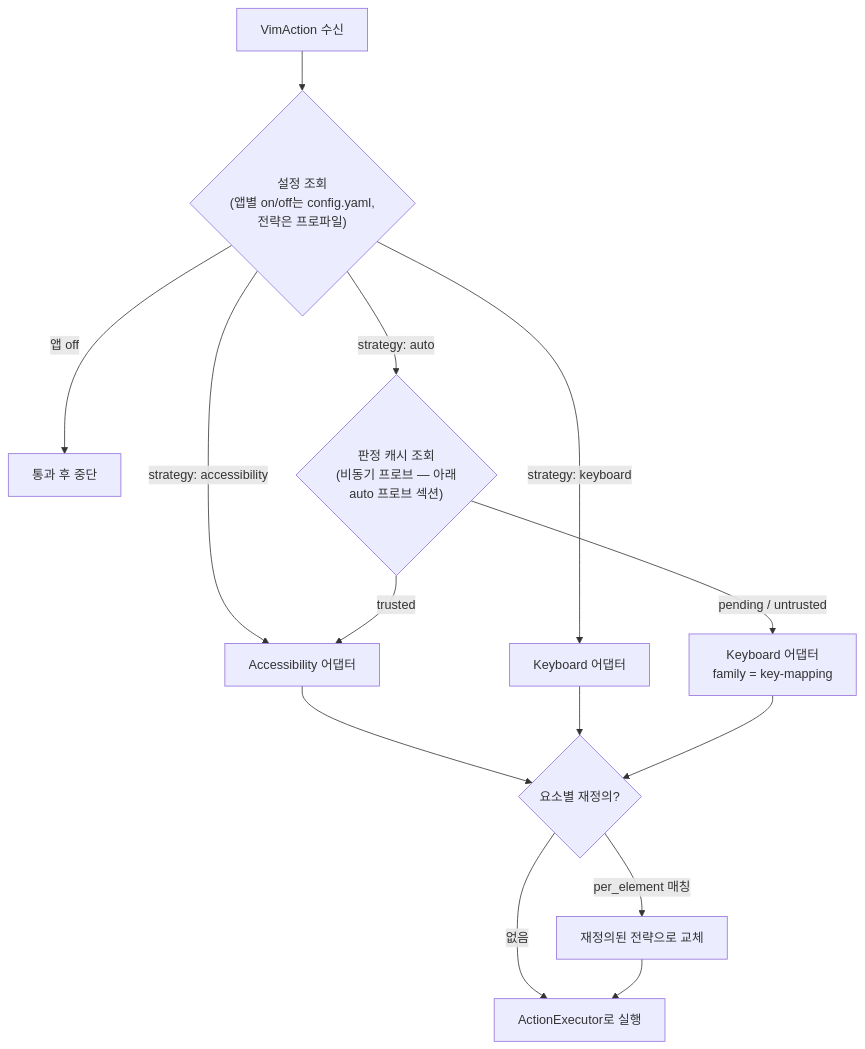
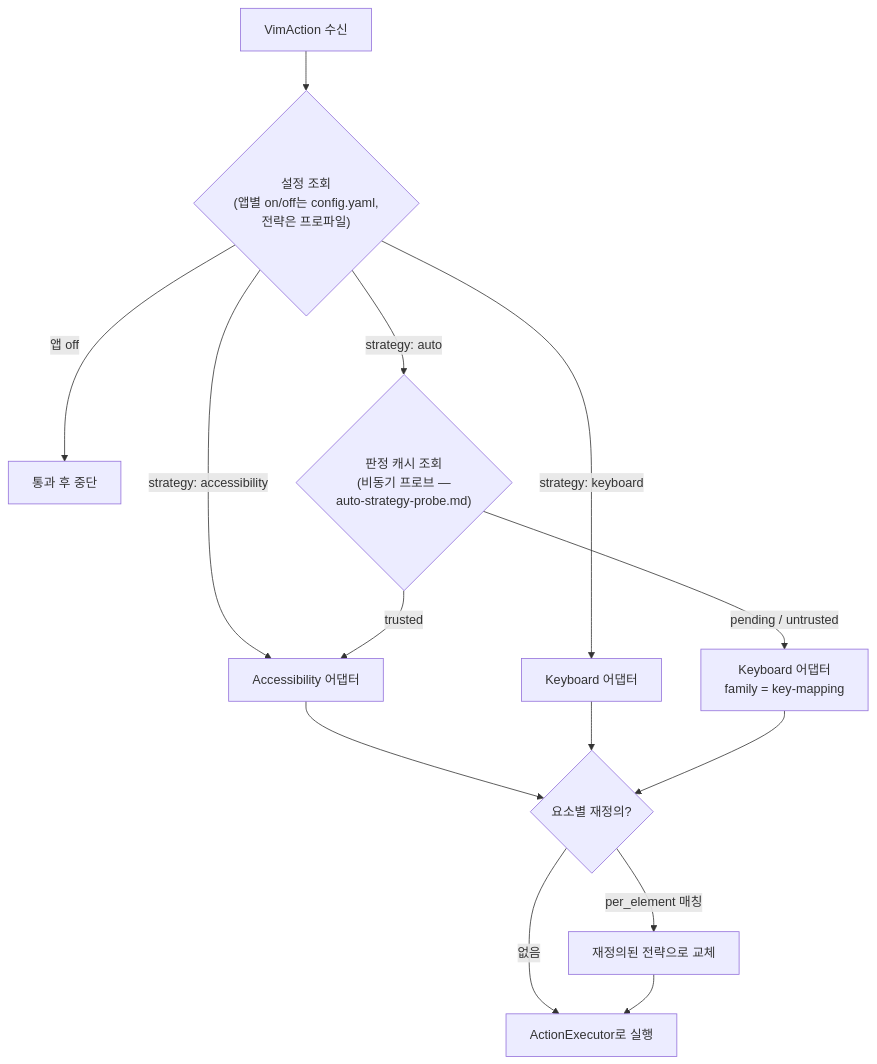
The diagram in .claude/skills/architecture/references/strategy-dispatch.md (pilyang/vim-action), drawn with Mermaid before and after one commit. The commit also changed other lines of this file and 9 other files, not shown here.

````diff
--- a/.claude/skills/architecture/references/strategy-dispatch.md
+++ b/.claude/skills/architecture/references/strategy-dispatch.md
@@ -15,16 +24,16 @@
 ```mermaid
 flowchart TD
     VA[VimAction 수신] --> P{"설정 조회<br/>(앱별 on/off는 config.yaml,<br/>전략은 프로파일)"}
     P -->|"앱 off"| Pass[통과 후 중단]
     P -->|"strategy: accessibility"| AX[Accessibility 어댑터]
     P -->|"strategy: keyboard"| KB[Keyboard 어댑터]
-    P -->|"strategy: auto"| Probe{"판정 캐시 조회<br/>(비동기 프로브 — 아래<br/>auto 프로브 섹션)"}
+    P -->|"strategy: auto"| Probe{"판정 캐시 조회<br/>(비동기 프로브 —<br/>auto-strategy-probe.md)"}
     Probe -->|trusted| AX
     Probe -->|"pending / untrusted"| KM["Keyboard 어댑터<br/>family = key-mapping"]
     AX --> Override{요소별 재정의?}
     KB --> Override
     KM --> Override
     Override -->|"per_element 매칭"| Re[재정의된 전략으로 교체]
     Override -->|없음| Exec[ActionExecutor로 실행]
     Re --> Exec
 ```
````
